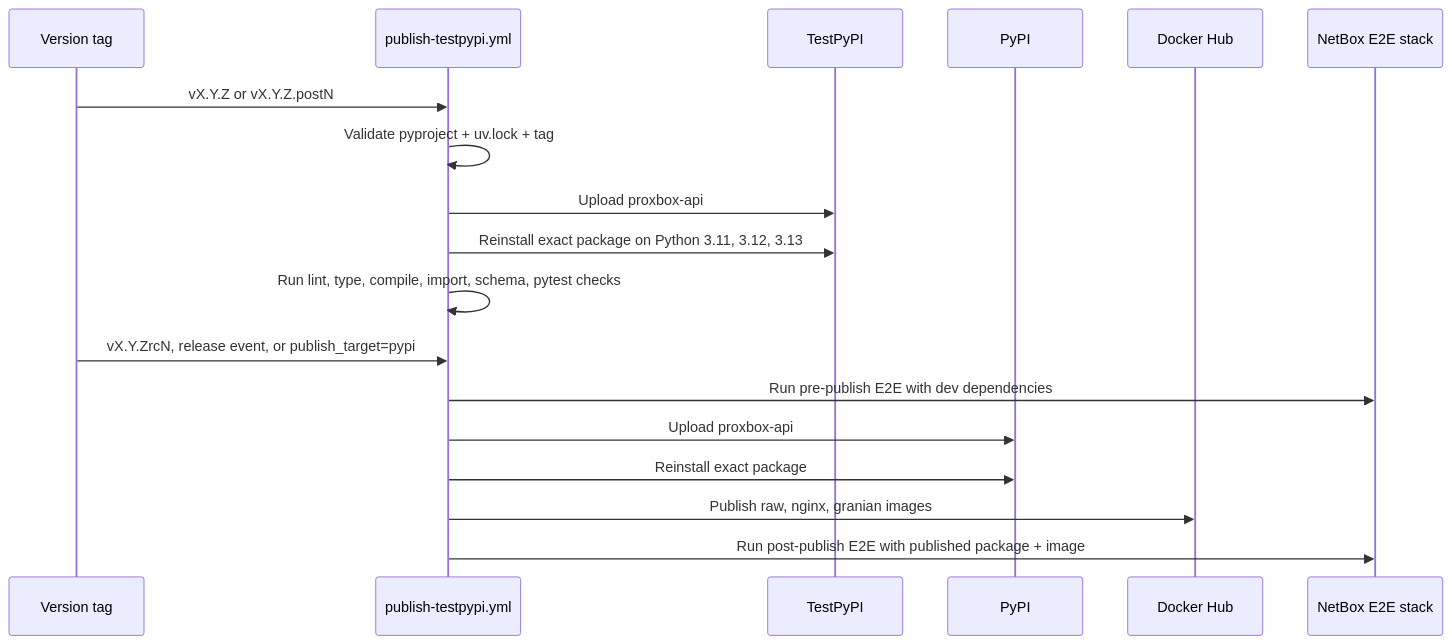
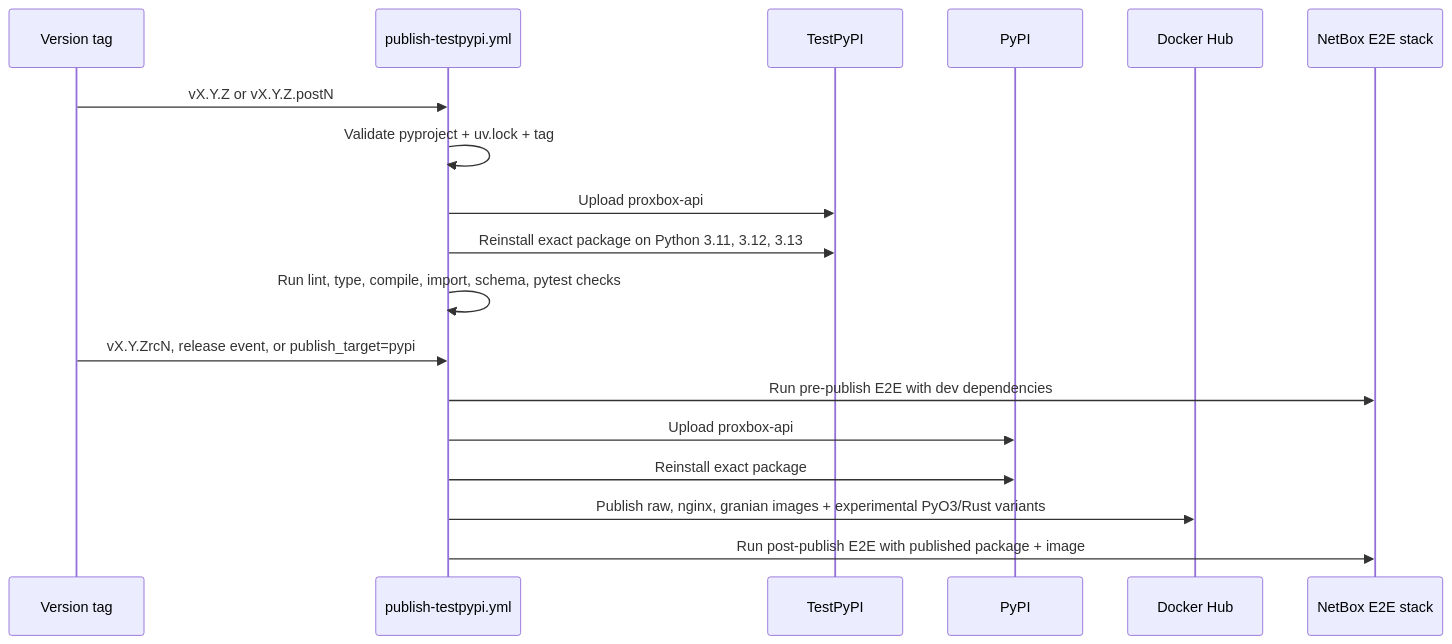
One commit to emersonfelipesp/proxbox-api changed the third of 3 diagrams in docs/development/ci-e2e-workflows.md. Above: the diagram before and after it, drawn with Mermaid. The commit also changed other lines of this file and 11 other files, not shown here.

Commit message:
Publish experimental PyO3 Rust Docker images

````diff
--- a/docs/development/ci-e2e-workflows.md
+++ b/docs/development/ci-e2e-workflows.md
@@ -85,22 +85,22 @@
 ```mermaid
 sequenceDiagram
     participant Tag as Version tag
     participant WF as publish-testpypi.yml
     participant TP as TestPyPI
     participant PY as PyPI
     participant DH as Docker Hub
     participant E2E as NetBox E2E stack
 
     Tag->>WF: vX.Y.Z or vX.Y.Z.postN
     WF->>WF: Validate pyproject + uv.lock + tag
     WF->>TP: Upload proxbox-api
     WF->>TP: Reinstall exact package on Python 3.11, 3.12, 3.13
     WF->>WF: Run lint, type, compile, import, schema, pytest checks
 
     Tag->>WF: vX.Y.ZrcN, release event, or publish_target=pypi
     WF->>E2E: Run pre-publish E2E with dev dependencies
     WF->>PY: Upload proxbox-api
     WF->>PY: Reinstall exact package
-    WF->>DH: Publish raw, nginx, granian images
+    WF->>DH: Publish raw, nginx, granian images + experimental PyO3/Rust variants
     WF->>E2E: Run post-publish E2E with published package + image
 ```
````
